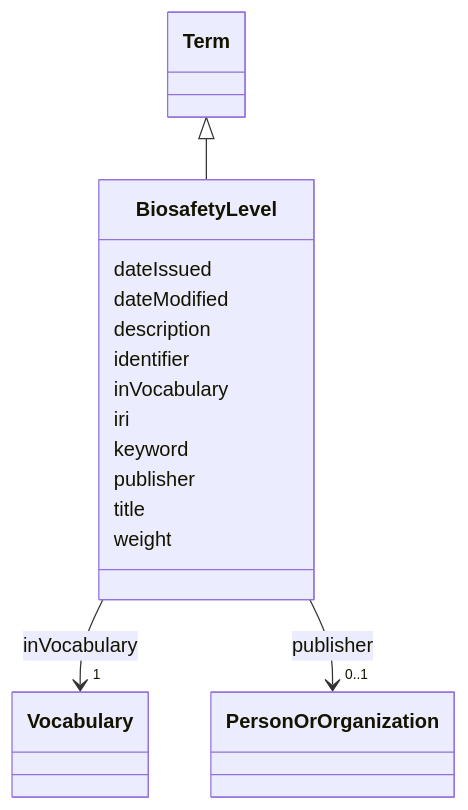
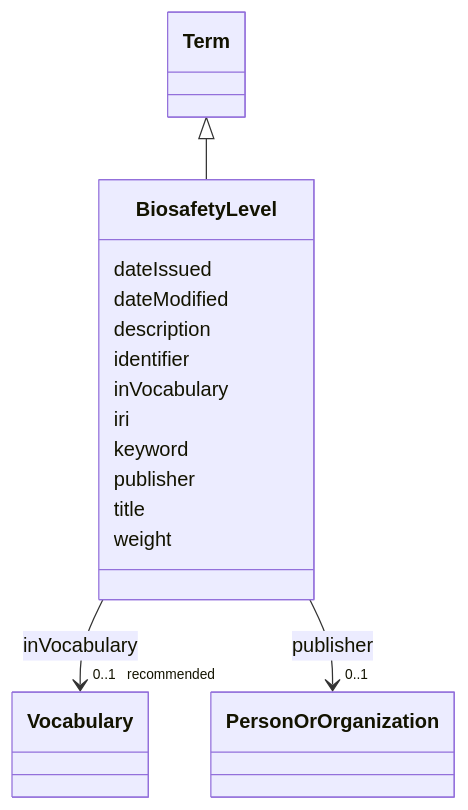
One commit to EVORA-project/evora-ontology changed the diagram in models/docs/BiosafetyLevel.md. Above: the diagram before and after it, drawn with Mermaid. The commit also changed other lines of this file and 307 other files, not shown here.

````diff
--- a/models/docs/BiosafetyLevel.md
+++ b/models/docs/BiosafetyLevel.md
@@ -19,43 +19,43 @@
 ```mermaid
  classDiagram
     class BiosafetyLevel
     click BiosafetyLevel href "../BiosafetyLevel"
       Term <|-- BiosafetyLevel
         click Term href "../Term"
       
       BiosafetyLevel : dateIssued
         
       BiosafetyLevel : dateModified
         
       BiosafetyLevel : description
         
       BiosafetyLevel : identifier
         
       BiosafetyLevel : inVocabulary
         
           
     
     
-    BiosafetyLevel --> "1" Vocabulary : inVocabulary
+    BiosafetyLevel --> "0..1 _recommended_" Vocabulary : inVocabulary
     click Vocabulary href "../Vocabulary"
 
         
       BiosafetyLevel : iri
         
       BiosafetyLevel : keyword
         
       BiosafetyLevel : publisher
         
           
     
     
     BiosafetyLevel --> "0..1" PersonOrOrganization : publisher
     click PersonOrOrganization href "../PersonOrOrganization"
 
         
       BiosafetyLevel : title
         
       BiosafetyLevel : weight
         
       
 ```
````
